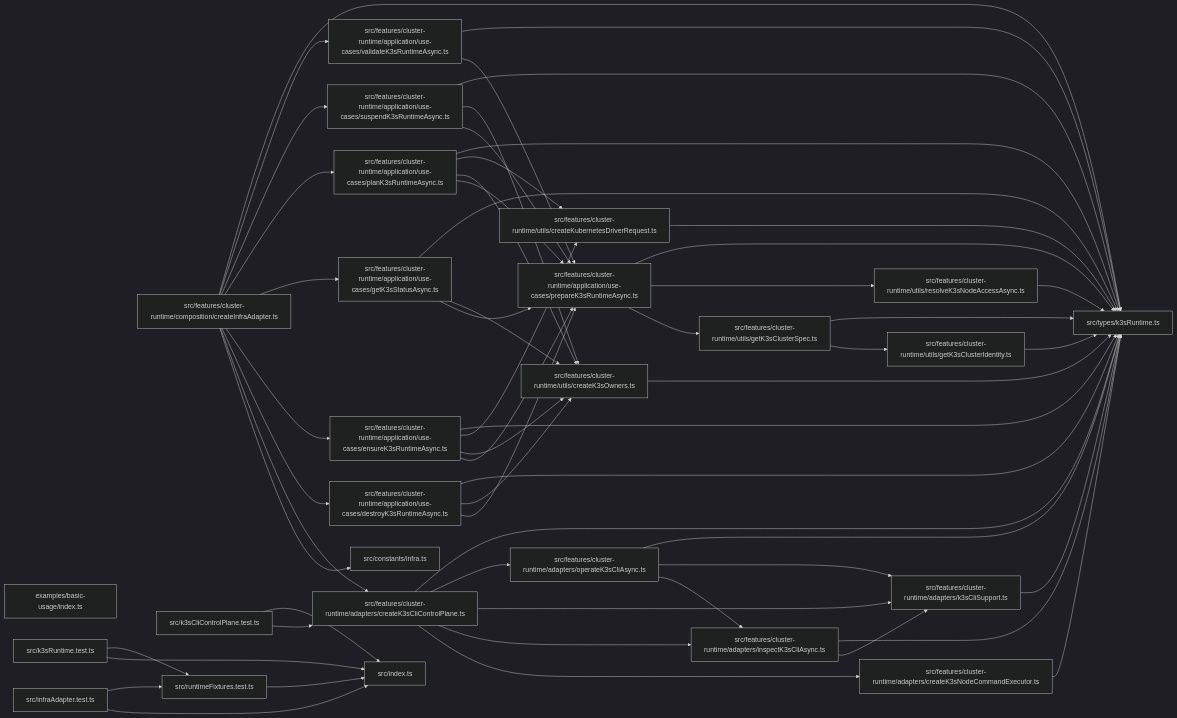
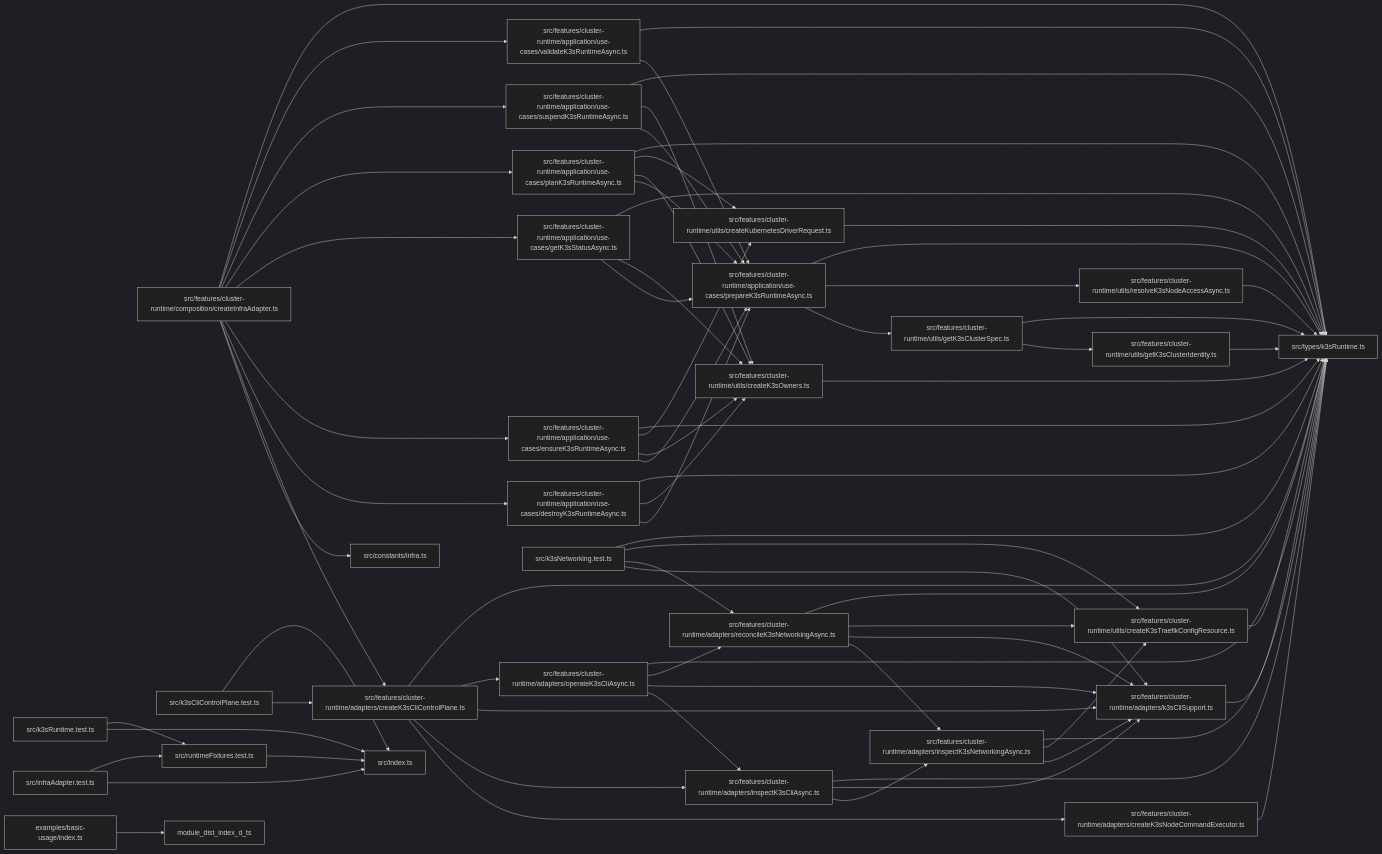
Before and after one commit to ankhorage/k3s: the diagram in paradox/diagrams/module-relationships.mmd, drawn with Mermaid (dark theme). The commit also changed 22 other files, not shown here.

```diff
--- a/paradox/diagrams/module-relationships.mmd
+++ b/paradox/diagrams/module-relationships.mmd
@@ -1,83 +1,102 @@
 graph LR
   module_examples_basic_usage_index_ts["examples/basic-usage/index.ts"]
   module_src_constants_infra_ts["src/constants/infra.ts"]
   module_src_features_cluster_runtime_adapters_createK3sCliControlPlane_ts["src/features/cluster-runtime/adapters/createK3sCliControlPlane.ts"]
   module_src_features_cluster_runtime_adapters_createK3sNodeCommandExecutor_ts["src/features/cluster-runtime/adapters/createK3sNodeCommandExecutor.ts"]
   module_src_features_cluster_runtime_adapters_inspectK3sCliAsync_ts["src/features/cluster-runtime/adapters/inspectK3sCliAsync.ts"]
+  module_src_features_cluster_runtime_adapters_inspectK3sNetworkingAsync_ts["src/features/cluster-runtime/adapters/inspectK3sNetworkingAsync.ts"]
   module_src_features_cluster_runtime_adapters_k3sCliSupport_ts["src/features/cluster-runtime/adapters/k3sCliSupport.ts"]
   module_src_features_cluster_runtime_adapters_operateK3sCliAsync_ts["src/features/cluster-runtime/adapters/operateK3sCliAsync.ts"]
+  module_src_features_cluster_runtime_adapters_reconcileK3sNetworkingAsync_ts["src/features/cluster-runtime/adapters/reconcileK3sNetworkingAsync.ts"]
   module_src_features_cluster_runtime_application_use_cases_destroyK3sRuntimeAsync_ts["src/features/cluster-runtime/application/use-cases/destroyK3sRuntimeAsync.ts"]
   module_src_features_cluster_runtime_application_use_cases_ensureK3sRuntimeAsync_ts["src/features/cluster-runtime/application/use-cases/ensureK3sRuntimeAsync.ts"]
   module_src_features_cluster_runtime_application_use_cases_getK3sStatusAsync_ts["src/features/cluster-runtime/application/use-cases/getK3sStatusAsync.ts"]
   module_src_features_cluster_runtime_application_use_cases_planK3sRuntimeAsync_ts["src/features/cluster-runtime/application/use-cases/planK3sRuntimeAsync.ts"]
   module_src_features_cluster_runtime_application_use_cases_prepareK3sRuntimeAsync_ts["src/features/cluster-runtime/application/use-cases/prepareK3sRuntimeAsync.ts"]
   module_src_features_cluster_runtime_application_use_cases_suspendK3sRuntimeAsync_ts["src/features/cluster-runtime/application/use-cases/suspendK3sRuntimeAsync.ts"]
   module_src_features_cluster_runtime_application_use_cases_validateK3sRuntimeAsync_ts["src/features/cluster-runtime/application/use-cases/validateK3sRuntimeAsync.ts"]
   module_src_features_cluster_runtime_composition_createInfraAdapter_ts["src/features/cluster-runtime/composition/createInfraAdapter.ts"]
   module_src_features_cluster_runtime_utils_createK3sOwners_ts["src/features/cluster-runtime/utils/createK3sOwners.ts"]
+  module_src_features_cluster_runtime_utils_createK3sTraefikConfigResource_ts["src/features/cluster-runtime/utils/createK3sTraefikConfigResource.ts"]
   module_src_features_cluster_runtime_utils_createKubernetesDriverRequest_ts["src/features/cluster-runtime/utils/createKubernetesDriverRequest.ts"]
   module_src_features_cluster_runtime_utils_getK3sClusterIdentity_ts["src/features/cluster-runtime/utils/getK3sClusterIdentity.ts"]
   module_src_features_cluster_runtime_utils_getK3sClusterSpec_ts["src/features/cluster-runtime/utils/getK3sClusterSpec.ts"]
   module_src_features_cluster_runtime_utils_resolveK3sNodeAccessAsync_ts["src/features/cluster-runtime/utils/resolveK3sNodeAccessAsync.ts"]
   module_src_index_ts["src/index.ts"]
   module_src_infraAdapter_test_ts["src/infraAdapter.test.ts"]
   module_src_k3sCliControlPlane_test_ts["src/k3sCliControlPlane.test.ts"]
+  module_src_k3sNetworking_test_ts["src/k3sNetworking.test.ts"]
   module_src_k3sRuntime_test_ts["src/k3sRuntime.test.ts"]
   module_src_runtimeFixtures_test_ts["src/runtimeFixtures.test.ts"]
   module_src_types_k3sRuntime_ts["src/types/k3sRuntime.ts"]
+  module_examples_basic_usage_index_ts --> module_dist_index_d_ts
   module_src_features_cluster_runtime_adapters_createK3sCliControlPlane_ts --> module_src_features_cluster_runtime_adapters_createK3sNodeCommandExecutor_ts
   module_src_features_cluster_runtime_adapters_createK3sCliControlPlane_ts --> module_src_features_cluster_runtime_adapters_inspectK3sCliAsync_ts
   module_src_features_cluster_runtime_adapters_createK3sCliControlPlane_ts --> module_src_features_cluster_runtime_adapters_k3sCliSupport_ts
   module_src_features_cluster_runtime_adapters_createK3sCliControlPlane_ts --> module_src_features_cluster_runtime_adapters_operateK3sCliAsync_ts
   module_src_features_cluster_runtime_adapters_createK3sCliControlPlane_ts --> module_src_types_k3sRuntime_ts
   module_src_features_cluster_runtime_adapters_createK3sNodeCommandExecutor_ts --> module_src_types_k3sRuntime_ts
+  module_src_features_cluster_runtime_adapters_inspectK3sCliAsync_ts --> module_src_features_cluster_runtime_adapters_inspectK3sNetworkingAsync_ts
   module_src_features_cluster_runtime_adapters_inspectK3sCliAsync_ts --> module_src_features_cluster_runtime_adapters_k3sCliSupport_ts
   module_src_features_cluster_runtime_adapters_inspectK3sCliAsync_ts --> module_src_types_k3sRuntime_ts
+  module_src_features_cluster_runtime_adapters_inspectK3sNetworkingAsync_ts --> module_src_features_cluster_runtime_adapters_k3sCliSupport_ts
+  module_src_features_cluster_runtime_adapters_inspectK3sNetworkingAsync_ts --> module_src_features_cluster_runtime_utils_createK3sTraefikConfigResource_ts
+  module_src_features_cluster_runtime_adapters_inspectK3sNetworkingAsync_ts --> module_src_types_k3sRuntime_ts
   module_src_features_cluster_runtime_adapters_k3sCliSupport_ts --> module_src_types_k3sRuntime_ts
   module_src_features_cluster_runtime_adapters_operateK3sCliAsync_ts --> module_src_features_cluster_runtime_adapters_inspectK3sCliAsync_ts
   module_src_features_cluster_runtime_adapters_operateK3sCliAsync_ts --> module_src_features_cluster_runtime_adapters_k3sCliSupport_ts
+  module_src_features_cluster_runtime_adapters_operateK3sCliAsync_ts --> module_src_features_cluster_runtime_adapters_reconcileK3sNetworkingAsync_ts
   module_src_features_cluster_runtime_adapters_operateK3sCliAsync_ts --> module_src_types_k3sRuntime_ts
+  module_src_features_cluster_runtime_adapters_reconcileK3sNetworkingAsync_ts --> module_src_features_cluster_runtime_adapters_inspectK3sNetworkingAsync_ts
+  module_src_features_cluster_runtime_adapters_reconcileK3sNetworkingAsync_ts --> module_src_features_cluster_runtime_adapters_k3sCliSupport_ts
+  module_src_features_cluster_runtime_adapters_reconcileK3sNetworkingAsync_ts --> module_src_features_cluster_runtime_utils_createK3sTraefikConfigResource_ts
+  module_src_features_cluster_runtime_adapters_reconcileK3sNetworkingAsync_ts --> module_src_types_k3sRuntime_ts
   module_src_features_cluster_runtime_application_use_cases_destroyK3sRuntimeAsync_ts --> module_src_features_cluster_runtime_application_use_cases_prepareK3sRuntimeAsync_ts
   module_src_features_cluster_runtime_application_use_cases_destroyK3sRuntimeAsync_ts --> module_src_features_cluster_runtime_utils_createK3sOwners_ts
   module_src_features_cluster_runtime_application_use_cases_destroyK3sRuntimeAsync_ts --> module_src_types_k3sRuntime_ts
   module_src_features_cluster_runtime_application_use_cases_ensureK3sRuntimeAsync_ts --> module_src_features_cluster_runtime_application_use_cases_prepareK3sRuntimeAsync_ts
   module_src_features_cluster_runtime_application_use_cases_ensureK3sRuntimeAsync_ts --> module_src_features_cluster_runtime_utils_createK3sOwners_ts
   module_src_features_cluster_runtime_application_use_cases_ensureK3sRuntimeAsync_ts --> module_src_features_cluster_runtime_utils_createKubernetesDriverRequest_ts
   module_src_features_cluster_runtime_application_use_cases_ensureK3sRuntimeAsync_ts --> module_src_types_k3sRuntime_ts
   module_src_features_cluster_runtime_application_use_cases_getK3sStatusAsync_ts --> module_src_features_cluster_runtime_application_use_cases_prepareK3sRuntimeAsync_ts
   module_src_features_cluster_runtime_application_use_cases_getK3sStatusAsync_ts --> module_src_features_cluster_runtime_utils_createK3sOwners_ts
   module_src_features_cluster_runtime_application_use_cases_getK3sStatusAsync_ts --> module_src_types_k3sRuntime_ts
   module_src_features_cluster_runtime_application_use_cases_planK3sRuntimeAsync_ts --> module_src_features_cluster_runtime_application_use_cases_prepareK3sRuntimeAsync_ts
   module_src_features_cluster_runtime_application_use_cases_planK3sRuntimeAsync_ts --> module_src_features_cluster_runtime_utils_createK3sOwners_ts
   module_src_features_cluster_runtime_application_use_cases_planK3sRuntimeAsync_ts --> module_src_features_cluster_runtime_utils_createKubernetesDriverRequest_ts
   module_src_features_cluster_runtime_application_use_cases_planK3sRuntimeAsync_ts --> module_src_types_k3sRuntime_ts
   module_src_features_cluster_runtime_application_use_cases_prepareK3sRuntimeAsync_ts --> module_src_features_cluster_runtime_utils_getK3sClusterSpec_ts
   module_src_features_cluster_runtime_application_use_cases_prepareK3sRuntimeAsync_ts --> module_src_features_cluster_runtime_utils_resolveK3sNodeAccessAsync_ts
   module_src_features_cluster_runtime_application_use_cases_prepareK3sRuntimeAsync_ts --> module_src_types_k3sRuntime_ts
   module_src_features_cluster_runtime_application_use_cases_suspendK3sRuntimeAsync_ts --> module_src_features_cluster_runtime_application_use_cases_prepareK3sRuntimeAsync_ts
   module_src_features_cluster_runtime_application_use_cases_suspendK3sRuntimeAsync_ts --> module_src_features_cluster_runtime_utils_createK3sOwners_ts
   module_src_features_cluster_runtime_application_use_cases_suspendK3sRuntimeAsync_ts --> module_src_types_k3sRuntime_ts
   module_src_features_cluster_runtime_application_use_cases_validateK3sRuntimeAsync_ts --> module_src_features_cluster_runtime_application_use_cases_prepareK3sRuntimeAsync_ts
   module_src_features_cluster_runtime_application_use_cases_validateK3sRuntimeAsync_ts --> module_src_types_k3sRuntime_ts
   module_src_features_cluster_runtime_composition_createInfraAdapter_ts --> module_src_constants_infra_ts
   module_src_features_cluster_runtime_composition_createInfraAdapter_ts --> module_src_features_cluster_runtime_adapters_createK3sCliControlPlane_ts
   module_src_features_cluster_runtime_composition_createInfraAdapter_ts --> module_src_features_cluster_runtime_application_use_cases_destroyK3sRuntimeAsync_ts
   module_src_features_cluster_runtime_composition_createInfraAdapter_ts --> module_src_features_cluster_runtime_application_use_cases_ensureK3sRuntimeAsync_ts
   module_src_features_cluster_runtime_composition_createInfraAdapter_ts --> module_src_features_cluster_runtime_application_use_cases_getK3sStatusAsync_ts
   module_src_features_cluster_runtime_composition_createInfraAdapter_ts --> module_src_features_cluster_runtime_application_use_cases_planK3sRuntimeAsync_ts
   module_src_features_cluster_runtime_composition_createInfraAdapter_ts --> module_src_features_cluster_runtime_application_use_cases_suspendK3sRuntimeAsync_ts
   module_src_features_cluster_runtime_composition_createInfraAdapter_ts --> module_src_features_cluster_runtime_application_use_cases_validateK3sRuntimeAsync_ts
   module_src_features_cluster_runtime_composition_createInfraAdapter_ts --> module_src_types_k3sRuntime_ts
   module_src_features_cluster_runtime_utils_createK3sOwners_ts --> module_src_types_k3sRuntime_ts
+  module_src_features_cluster_runtime_utils_createK3sTraefikConfigResource_ts --> module_src_types_k3sRuntime_ts
   module_src_features_cluster_runtime_utils_createKubernetesDriverRequest_ts --> module_src_types_k3sRuntime_ts
   module_src_features_cluster_runtime_utils_getK3sClusterIdentity_ts --> module_src_types_k3sRuntime_ts
   module_src_features_cluster_runtime_utils_getK3sClusterSpec_ts --> module_src_features_cluster_runtime_utils_getK3sClusterIdentity_ts
   module_src_features_cluster_runtime_utils_getK3sClusterSpec_ts --> module_src_types_k3sRuntime_ts
   module_src_features_cluster_runtime_utils_resolveK3sNodeAccessAsync_ts --> module_src_types_k3sRuntime_ts
   module_src_infraAdapter_test_ts --> module_src_index_ts
   module_src_infraAdapter_test_ts --> module_src_runtimeFixtures_test_ts
   module_src_k3sCliControlPlane_test_ts --> module_src_features_cluster_runtime_adapters_createK3sCliControlPlane_ts
   module_src_k3sCliControlPlane_test_ts --> module_src_index_ts
+  module_src_k3sNetworking_test_ts --> module_src_features_cluster_runtime_adapters_k3sCliSupport_ts
+  module_src_k3sNetworking_test_ts --> module_src_features_cluster_runtime_adapters_reconcileK3sNetworkingAsync_ts
+  module_src_k3sNetworking_test_ts --> module_src_features_cluster_runtime_utils_createK3sTraefikConfigResource_ts
+  module_src_k3sNetworking_test_ts --> module_src_types_k3sRuntime_ts
   module_src_k3sRuntime_test_ts --> module_src_index_ts
   module_src_k3sRuntime_test_ts --> module_src_runtimeFixtures_test_ts
   module_src_runtimeFixtures_test_ts --> module_src_index_ts
```
